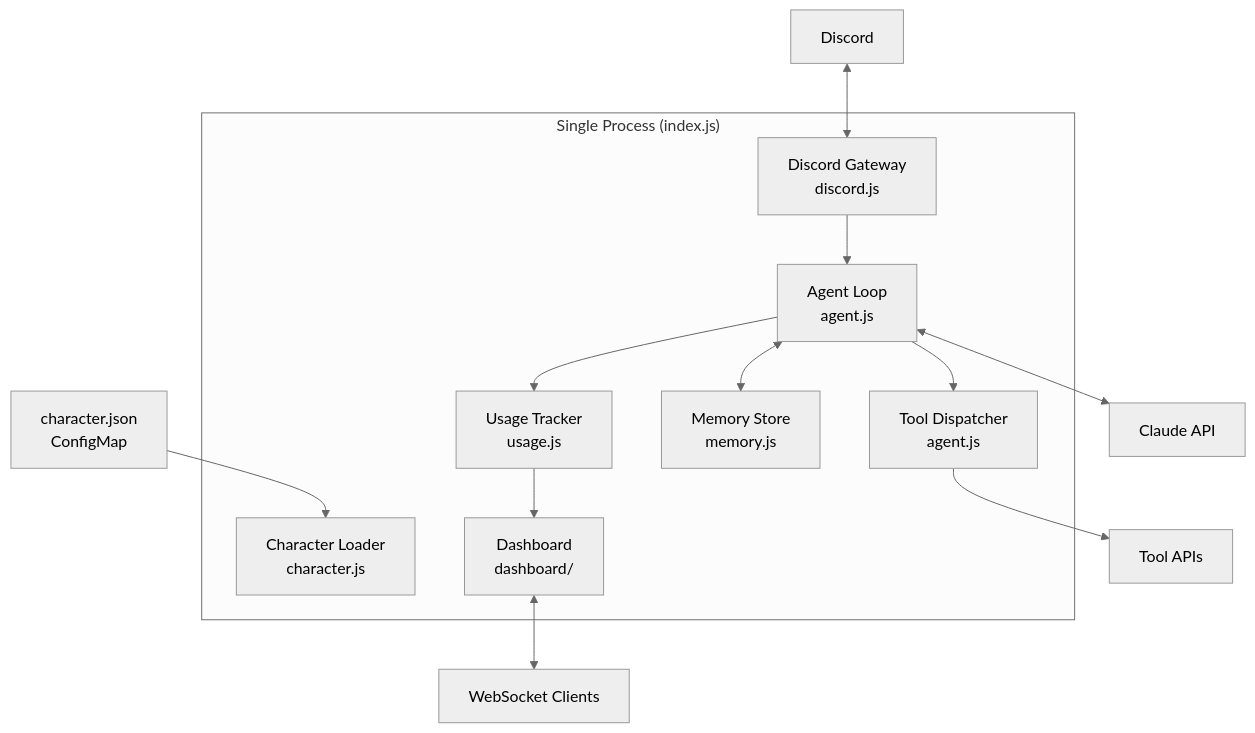
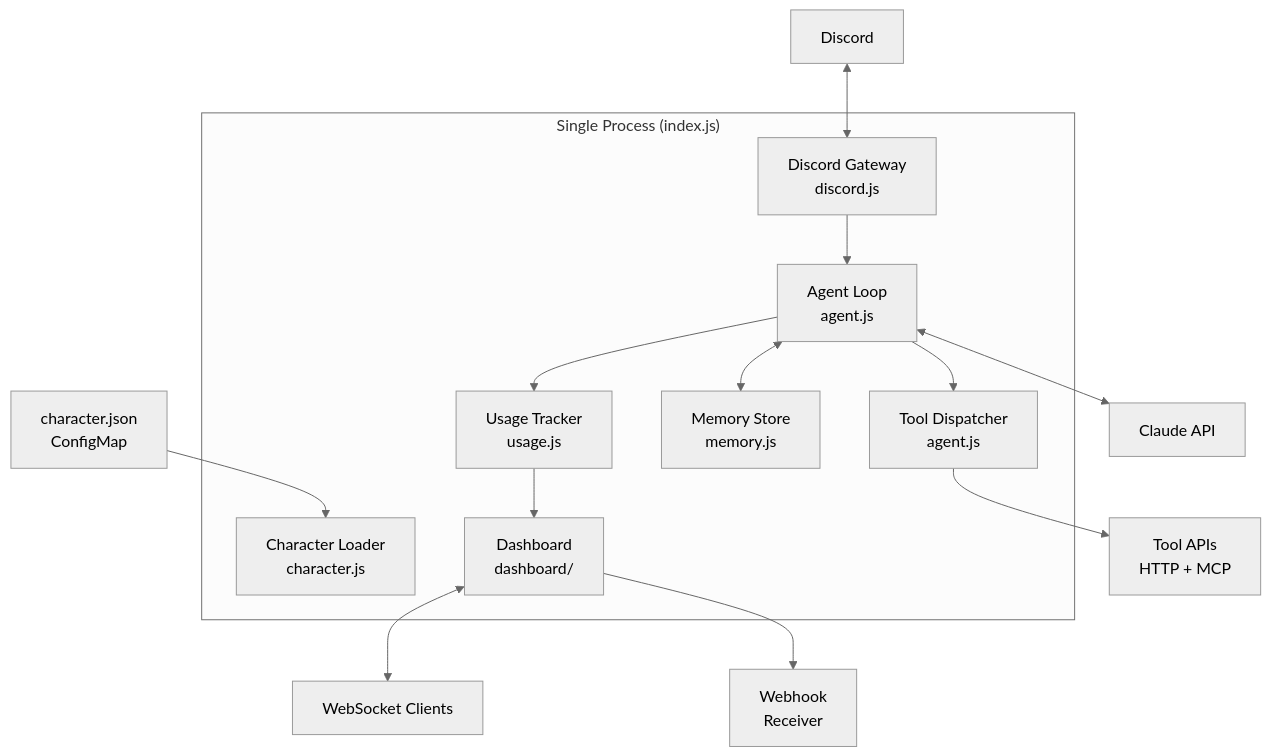
The second of 5 diagrams in docs/architecture.md (Stig-Johnny/automate-e), drawn with Mermaid (neutral theme) before and after one commit. The commit also changed other lines of this file, not shown here.

First line of the commit message:
docs: update diagrams with webhooks, MCP, correct cron schedule

````diff
--- a/docs/architecture.md
+++ b/docs/architecture.md
@@ -75,23 +77,24 @@
 ```mermaid
 graph TB
     subgraph "Single Process (index.js)"
         CL[Character Loader<br/>character.js]
         DG[Discord Gateway<br/>discord.js]
         AL[Agent Loop<br/>agent.js]
         TD[Tool Dispatcher<br/>agent.js]
         MS[Memory Store<br/>memory.js]
         UT[Usage Tracker<br/>usage.js]
         DB[Dashboard<br/>dashboard/]
     end
 
     CF[character.json<br/>ConfigMap] --> CL
     DC[Discord] <--> DG
     DG --> AL
     AL --> TD
     AL <--> MS
     AL --> UT
-    TD --> API[Tool APIs]
+    TD --> API[Tool APIs<br/>HTTP + MCP]
     AL <--> Claude[Claude API]
     DB <--> WS[WebSocket Clients]
+    DB --> WH[Webhook<br/>Receiver]
     UT --> DB
 ```
````
